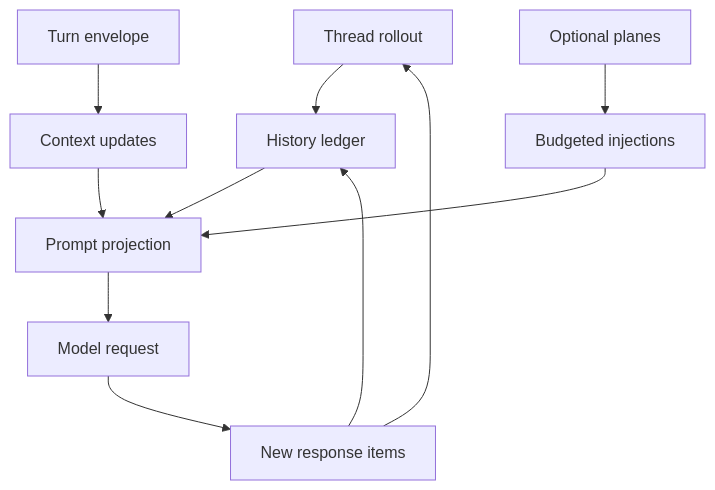
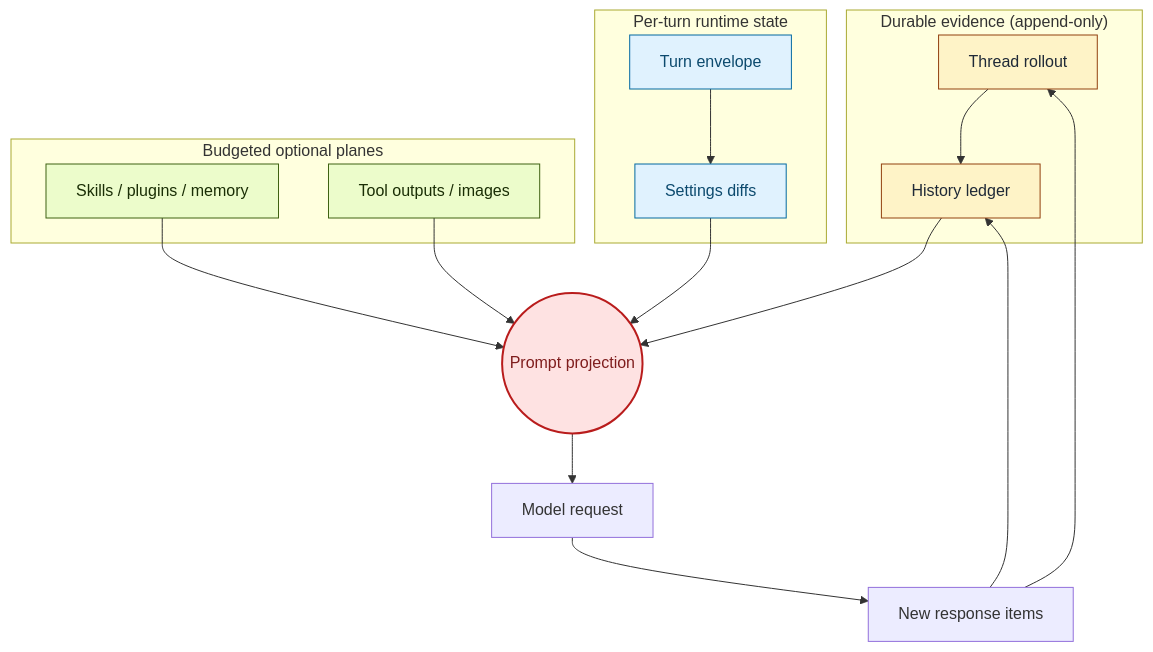
The diagram in docs/codex-context-management/chapter-01.md (WineChord/books), drawn with Mermaid before and after one commit. The commit also changed other lines of this file and 21 other files, not shown here.

````diff
--- a/docs/codex-context-management/chapter-01.md
+++ b/docs/codex-context-management/chapter-01.md
@@ -48,13 +48,32 @@
 ```mermaid
-graph TD
-  A[Thread rollout] --> B[History ledger]
-  C[Turn envelope] --> D[Context updates]
-  E[Optional planes] --> F[Budgeted injections]
-  B --> G[Prompt projection]
-  D --> G
+flowchart TD
+  subgraph durable["Durable evidence (append-only)"]
+    A[Thread rollout]
+    B[History ledger]
+  end
+  subgraph runtime["Per-turn runtime state"]
+    C[Turn envelope]
+    D[Settings diffs]
+  end
+  subgraph optional["Budgeted optional planes"]
+    E[Skills / plugins / memory]
+    F[Tool outputs / images]
+  end
+  A --> B
+  B --> G((Prompt projection))
+  C --> D --> G
+  E --> G
   F --> G
   G --> H[Model request]
   H --> I[New response items]
   I --> A
   I --> B
+  classDef plane fill:#fef3c7,stroke:#92400e,color:#1f2937,stroke-width:1px;
+  classDef runtime fill:#e0f2fe,stroke:#0369a1,color:#0c4a6e,stroke-width:1px;
+  classDef optional fill:#ecfccb,stroke:#3f6212,color:#1a2e05,stroke-width:1px;
+  classDef projection fill:#fee2e2,stroke:#b91c1c,color:#7f1d1d,stroke-width:2px;
+  class A,B plane;
+  class C,D runtime;
+  class E,F optional;
+  class G projection;
 ```
````
